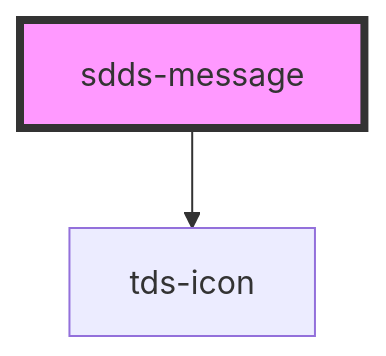
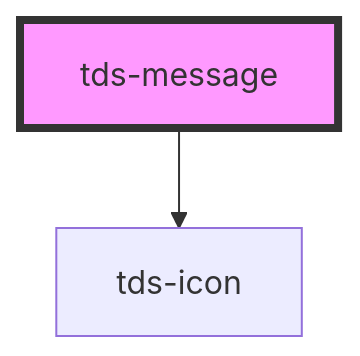
The diagram in core/src/components/message/readme.md (scania-digital-design-system/tegel), drawn with Mermaid before and after one commit. The commit also changed 6 other files, not shown here.

````diff
--- a/core/src/components/message/readme.md
+++ b/core/src/components/message/readme.md
@@ -26,5 +26,5 @@
 ```mermaid
 graph TD;
-  sdds-message --> tds-icon
-  style sdds-message fill:#f9f,stroke:#333,stroke-width:4px
+  tds-message --> tds-icon
+  style tds-message fill:#f9f,stroke:#333,stroke-width:4px
 ```
````
